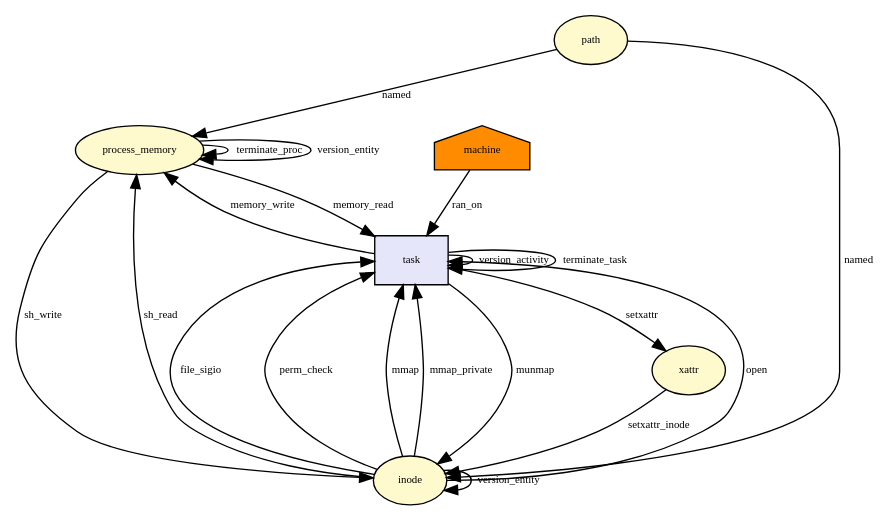
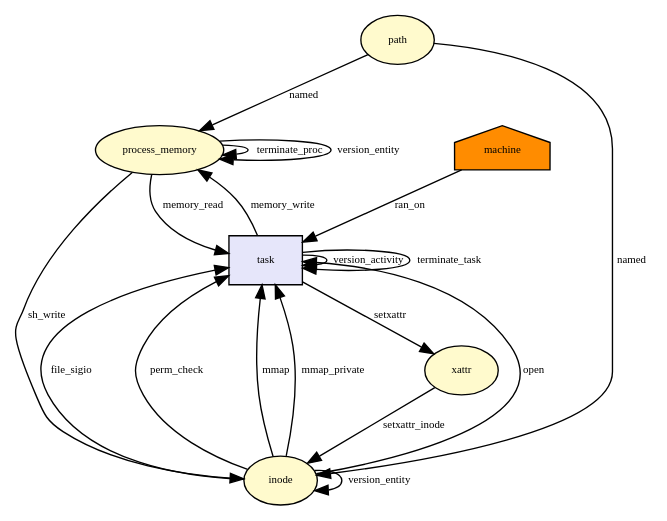
The diagram in docs/dot/__x64_sys_mmap.dot (CamFlow/camflow-dev), drawn with Graphviz before and after one commit. The commit also changed 43 other files, not shown here.

```diff
--- a/docs/dot/__x64_sys_mmap.dot
+++ b/docs/dot/__x64_sys_mmap.dot
@@ -1,53 +1,49 @@
 digraph RGL__DirectedAdjacencyGraph {process_memory[fontsize = 8,label = process_memory,shape = ellipse, fillcolor="#fffacd", style = filled]
 
 process_memory -> process_memory[fontsize = 8,label = terminate_proc]
 
 path[fontsize = 8,label = path,shape = ellipse, fillcolor="#fffacd", style = filled]
 
 path -> process_memory[fontsize = 8,label = named]
 
 machine[fontsize = 8,label = machine,shape = house, fillcolor="#ff8c00", style = filled]
 
 task[fontsize = 8,label = task,shape = rectangle, fillcolor="#e6e6fa", style = filled]
 
 machine -> task[fontsize = 8,label = ran_on]
 
 inode[fontsize = 8,label = inode,shape = ellipse, fillcolor="#fffacd", style = filled]
 
 path -> inode[fontsize = 8,label = named]
 
 inode -> task[fontsize = 8,label = open]
 
 task -> process_memory[fontsize = 8,label = memory_write]
 
 task -> task[fontsize = 8,label = version_activity]
 
 process_memory -> process_memory[fontsize = 8,label = version_entity]
 
 process_memory -> inode[fontsize = 8,label = sh_write]
 
 inode -> inode[fontsize = 8,label = version_entity]
 
 inode -> task[fontsize = 8,label = file_sigio]
 
 inode -> task[fontsize = 8,label = perm_check]
 
 process_memory -> task[fontsize = 8,label = memory_read]
 
 xattr[fontsize = 8,label = xattr,shape = ellipse, fillcolor="#fffacd", style = filled]
 
 task -> xattr[fontsize = 8,label = setxattr]
 
 xattr -> inode[fontsize = 8,label = setxattr_inode]
 
 inode -> task[fontsize = 8,label = mmap]
 
 inode -> task[fontsize = 8,label = mmap_private]
 
-task -> inode[fontsize = 8,label = munmap]
-
-inode -> process_memory[fontsize = 8,label = sh_read]
-
 task -> task[fontsize = 8,label = terminate_task]
 
 }
```
